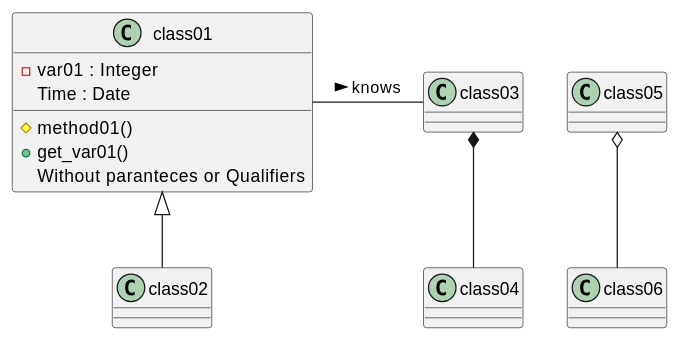
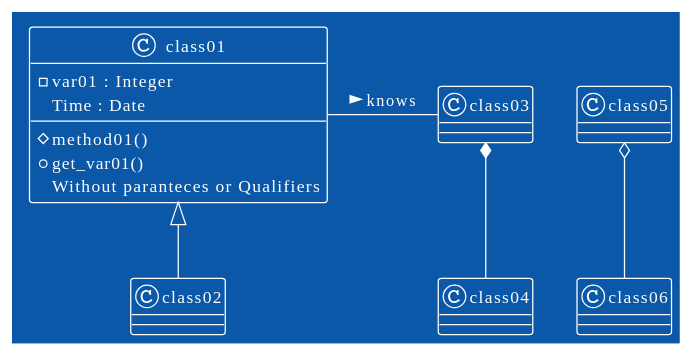
Before and after one commit to erikatudisco/programming_formalism: the second of 3 diagrams in notes_paradigms.md, drawn with PlantUML. The commit also changed other lines of this file and 1 other file, not shown here.

````diff
--- a/notes_paradigms.md
+++ b/notes_paradigms.md
@@ -41,16 +44,17 @@
 ```plantuml
 @startuml
+ !theme amiga
  class01 <|-- class02
  class03 *-- class04
  class05 o-- class06
 
  class01- class03 : knows >
  class class01 {
     -var01 : Integer
     Time : Date
     #method01()
     +get_var01()
     {method}Without paranteces or Qualifiers
  }
 @enduml
 ```
````
